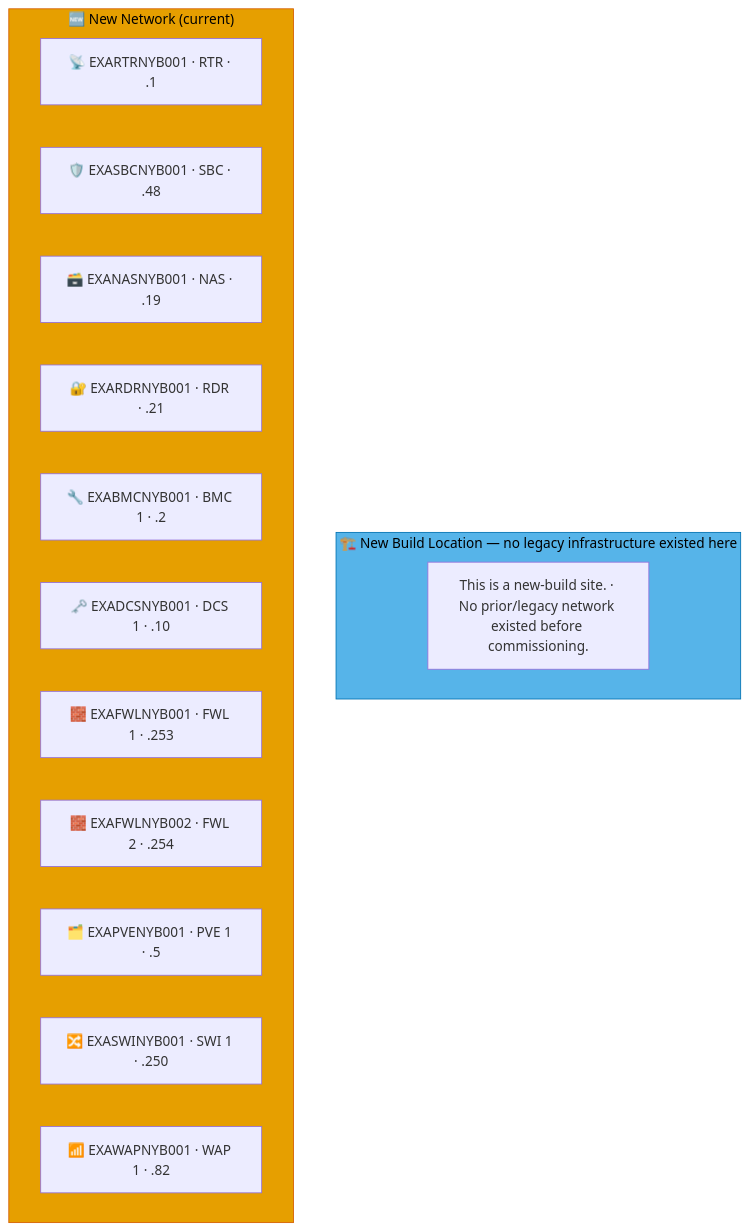
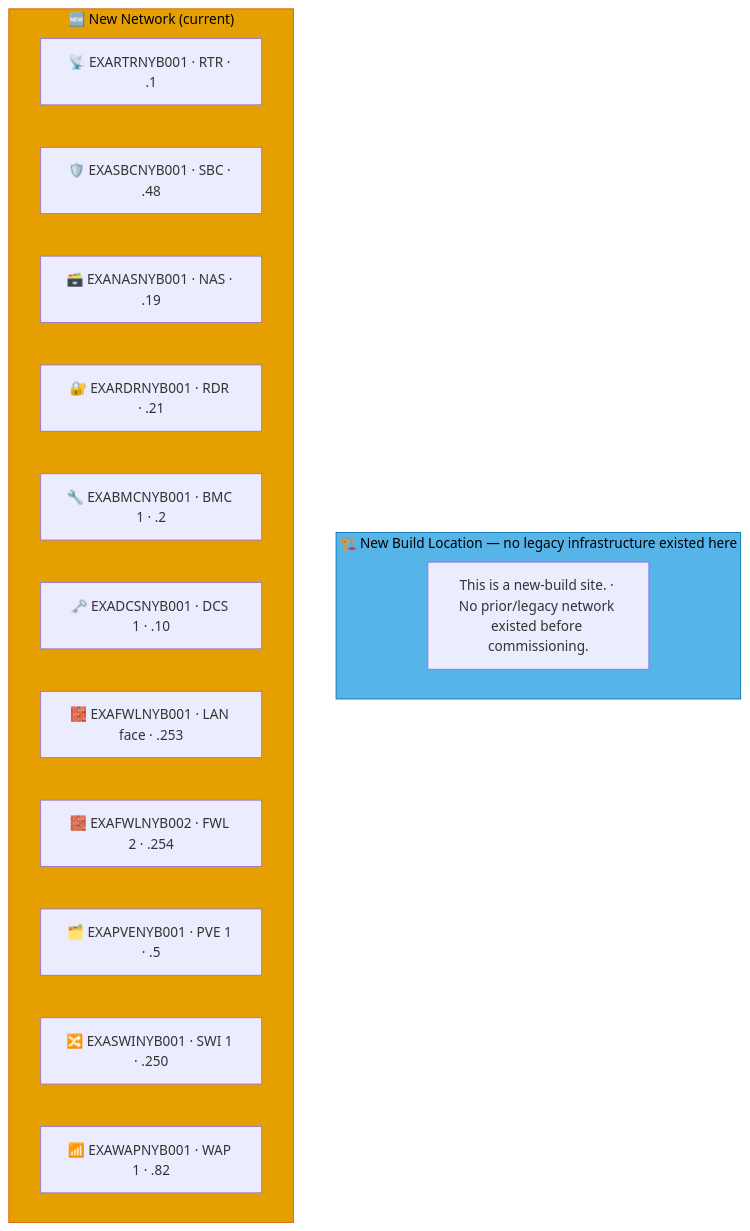
Before and after one commit to knightmare2600/example_music_infra: the ninth of 9 diagrams in docs/network-diagram/danmark.md, drawn with Mermaid. The commit also changed other lines of this file and 17 other files, not shown here.

````diff
--- a/docs/network-diagram/danmark.md
+++ b/docs/network-diagram/danmark.md
@@ -418,23 +418,23 @@
 ```mermaid
 graph TD
     subgraph OLD_NYB ["🏗️ New Build Location — no legacy infrastructure existed here"]
       N_OLD_NOTE["This is a new-build site. · No prior/legacy network existed before commissioning."]
     end
     style OLD_NYB fill:#56B4E9,stroke:#0072B2,color:#000000
     %% GENERATED:NEW-NETWORK:NYB:START
     subgraph NEW_NYB ["🆕 New Network (current)"]
       N_RTR["📡 EXARTRNYB001 · RTR · .1"]
       N_SBC["🛡️ EXASBCNYB001 · SBC · .48"]
       N_NAS["🗃️ EXANASNYB001 · NAS · .19"]
       N_RDR["🔐 EXARDRNYB001 · RDR · .21"]
       N_BMC["🔧 EXABMCNYB001 · BMC 1 · .2"]
       N_DCS["🗝️ EXADCSNYB001 · DCS 1 · .10"]
-      N_FWL["🧱 EXAFWLNYB001 · FWL 1 · .253"]
+      N_FWL["🧱 EXAFWLNYB001 · LAN face · .253"]
       N_FWL2["🧱 EXAFWLNYB002 · FWL 2 · .254"]
       N_PVE["🗂️ EXAPVENYB001 · PVE 1 · .5"]
       N_SWI["🔀 EXASWINYB001 · SWI 1 · .250"]
       N_WAP["📶 EXAWAPNYB001 · WAP 1 · .82"]
     end
     style NEW_NYB fill:#E69F00,stroke:#D55E00,color:#000000
     %% GENERATED:NEW-NETWORK:NYB:END
 ```
````
